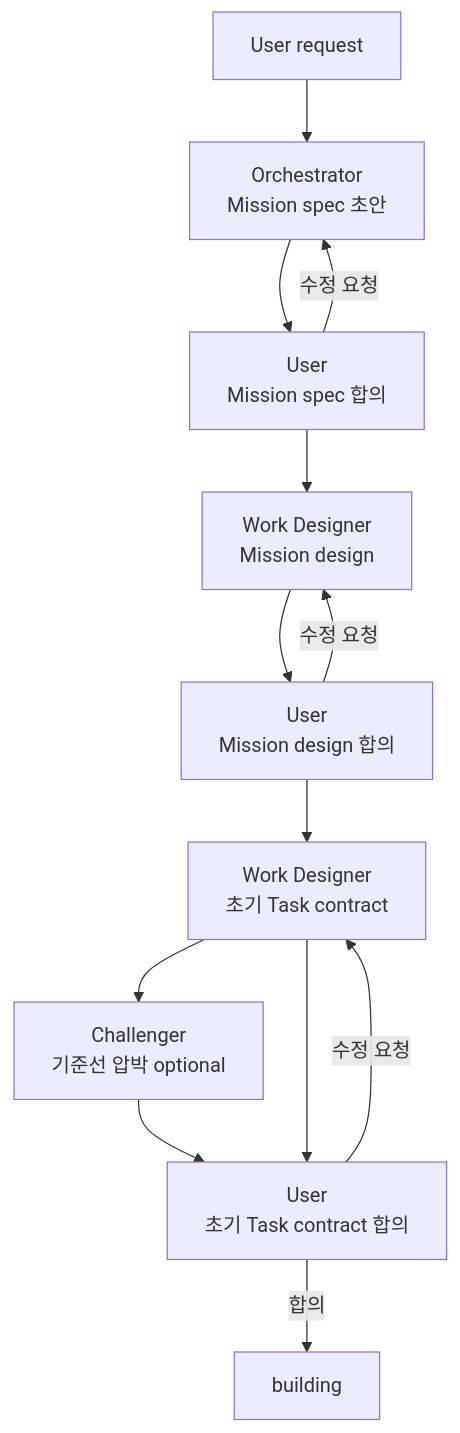
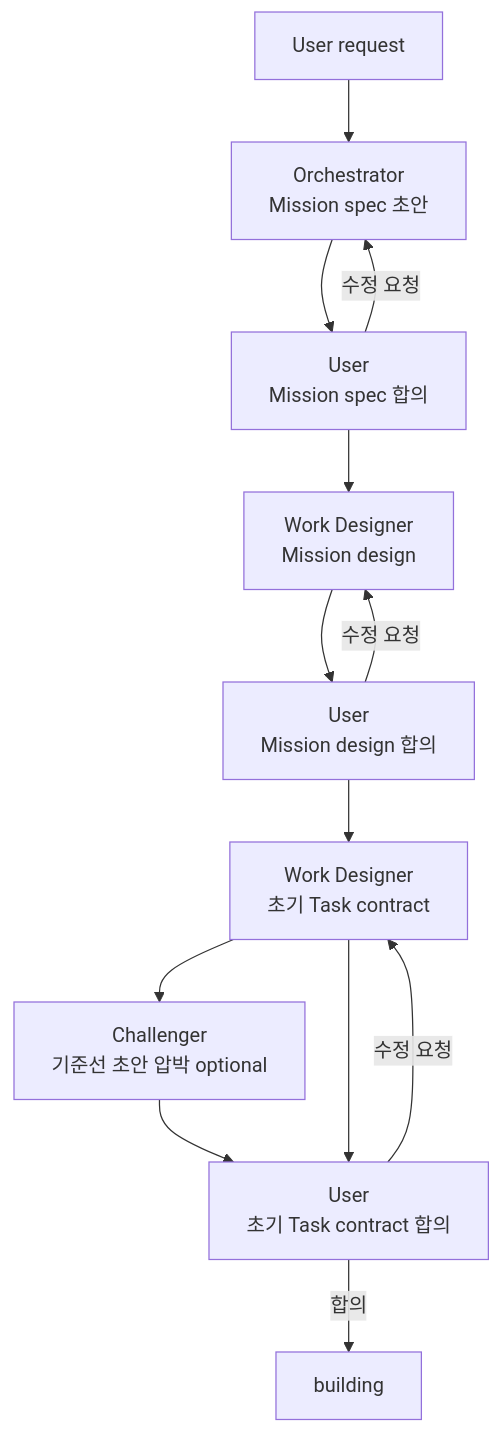
The second of 4 diagrams in docs/operating/mission.md (choam2426/geas), drawn with Mermaid before and after one commit. The commit also changed other lines of this file and 12 other files, not shown here.

````diff
--- a/docs/operating/mission.md
+++ b/docs/operating/mission.md
@@ -93,20 +93,20 @@
 ```mermaid
 flowchart TD
   R["User request"]
   O["Orchestrator<br/>Mission spec 초안"]
   U1["User<br/>Mission spec 합의"]
   D["Work Designer<br/>Mission design"]
   U2["User<br/>Mission design 합의"]
   T["Work Designer<br/>초기 Task contract"]
-  H["Challenger<br/>기준선 압박 optional"]
+  H["Challenger<br/>기준선 초안 압박 optional"]
   U3["User<br/>초기 Task contract 합의"]
   B["building"]
 
   R --> O --> U1 --> D --> U2 --> T
   T --> H --> U3
   T --> U3
   U1 -->|"수정 요청"| O
   U2 -->|"수정 요청"| D
   U3 -->|"수정 요청"| T
   U3 -->|"합의"| B
 ```
````
